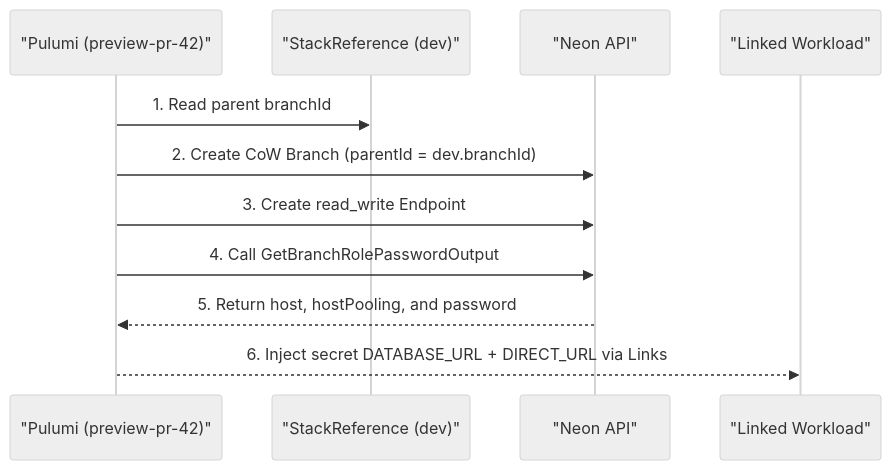
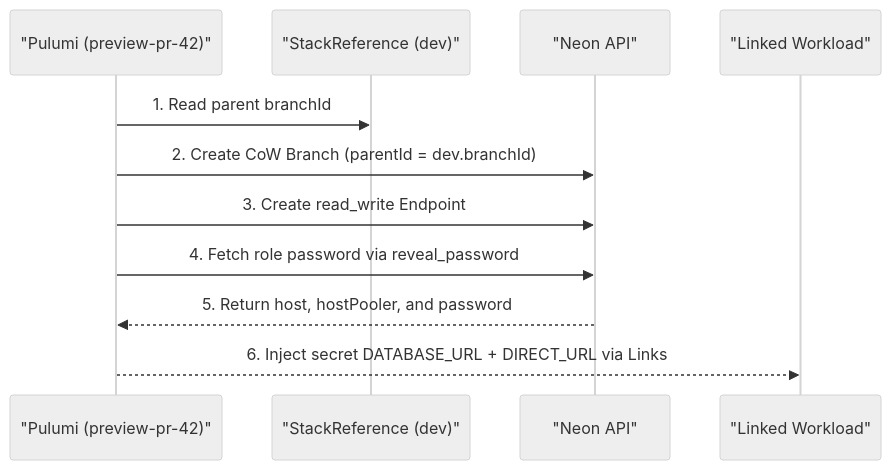
The second of 2 diagrams in docs/architecture/providers/neon/database.md (cloudvoyant/openbase), drawn with Mermaid (neutral theme) before and after one commit. The commit also changed other lines of this file and 127 other files, not shown here.

````diff
--- a/docs/architecture/providers/neon/database.md
+++ b/docs/architecture/providers/neon/database.md
@@ -41,14 +41,14 @@
 ```mermaid
 sequenceDiagram
     participant Pulumi as "Pulumi (preview-pr-42)"
     participant DevRef as "StackReference (dev)"
     participant Neon as "Neon API"
     participant App as "Linked Workload"
 
     Pulumi->>DevRef: 1. Read parent branchId
     Pulumi->>Neon: 2. Create CoW Branch (parentId = dev.branchId)
     Pulumi->>Neon: 3. Create read_write Endpoint
-    Pulumi->>Neon: 4. Call GetBranchRolePasswordOutput
-    Neon-->>Pulumi: 5. Return host, hostPooling, and password
+    Pulumi->>Neon: 4. Fetch role password via reveal_password
+    Neon-->>Pulumi: 5. Return host, hostPooler, and password
     Pulumi-->>App: 6. Inject secret DATABASE_URL + DIRECT_URL via Links
 ```
````
